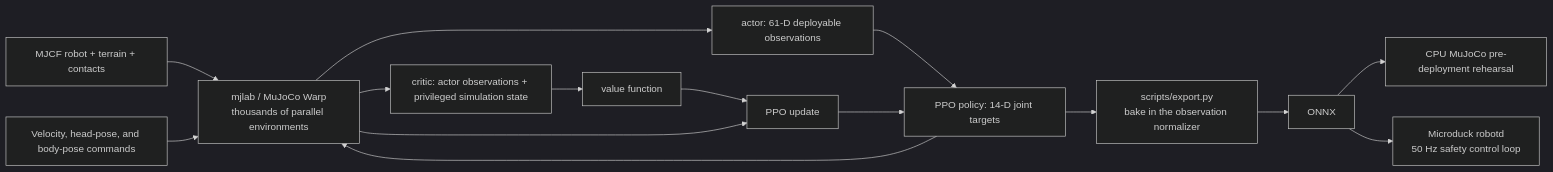
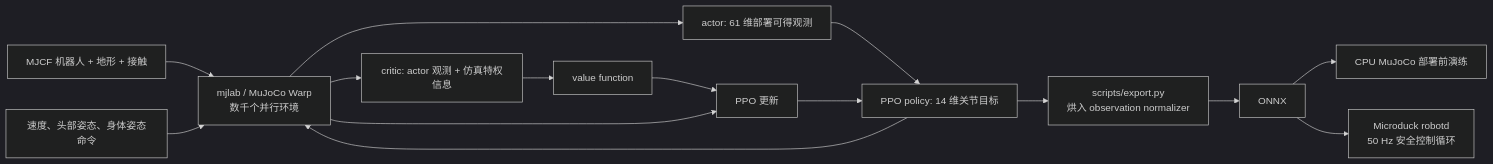
Before and after one commit to CloudEngineHub/every-embodied: the diagram in en/05-deep-and-reinforcement-learning/05-open-duck-mini-and-microduck-biped-rl/README.md, drawn with Mermaid (dark theme). The commit also changed other lines of this file and 1 other file, not shown here.

````diff
--- a/en/05-deep-and-reinforcement-learning/05-open-duck-mini-and-microduck-biped-rl/README.md
+++ b/en/05-deep-and-reinforcement-learning/05-open-duck-mini-and-microduck-biped-rl/README.md
@@ -56,17 +74,17 @@
 ```mermaid
 flowchart LR
-  A["MJCF robot + terrain + contacts"] --> B["mjlab / MuJoCo Warp<br/>thousands of parallel environments"]
-  C["Velocity, head-pose, and body-pose commands"] --> B
-  B --> D["actor: 61-D deployable observations"]
-  B --> E["critic: actor observations + privileged simulation state"]
-  D --> F["PPO policy: 14-D joint targets"]
+  A["MJCF 机器人 + 地形 + 接触"] --> B["mjlab / MuJoCo Warp<br/>数千个并行环境"]
+  C["速度、头部姿态、身体姿态命令"] --> B
+  B --> D["actor: 61 维部署可得观测"]
+  B --> E["critic: actor 观测 + 仿真特权信息"]
+  D --> F["PPO policy: 14 维关节目标"]
   E --> G["value function"]
   F --> B
-  G --> H["PPO update"]
+  G --> H["PPO 更新"]
   B --> H
   H --> F
-  F --> I["scripts/export.py<br/>bake in the observation normalizer"]
+  F --> I["scripts/export.py<br/>烘入 observation normalizer"]
   I --> J["ONNX"]
-  J --> K["CPU MuJoCo pre-deployment rehearsal"]
-  J --> L["Microduck robotd<br/>50 Hz safety control loop"]
+  J --> K["CPU MuJoCo 部署前演练"]
+  J --> L["Microduck robotd<br/>50 Hz 安全控制循环"]
 ```
````
